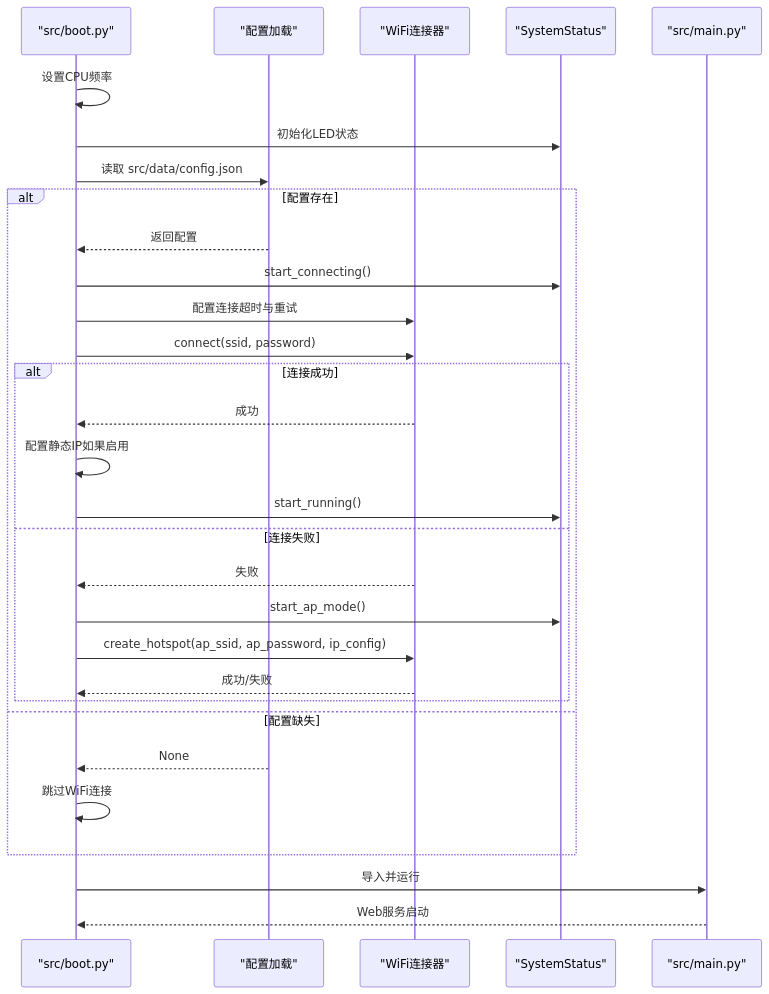
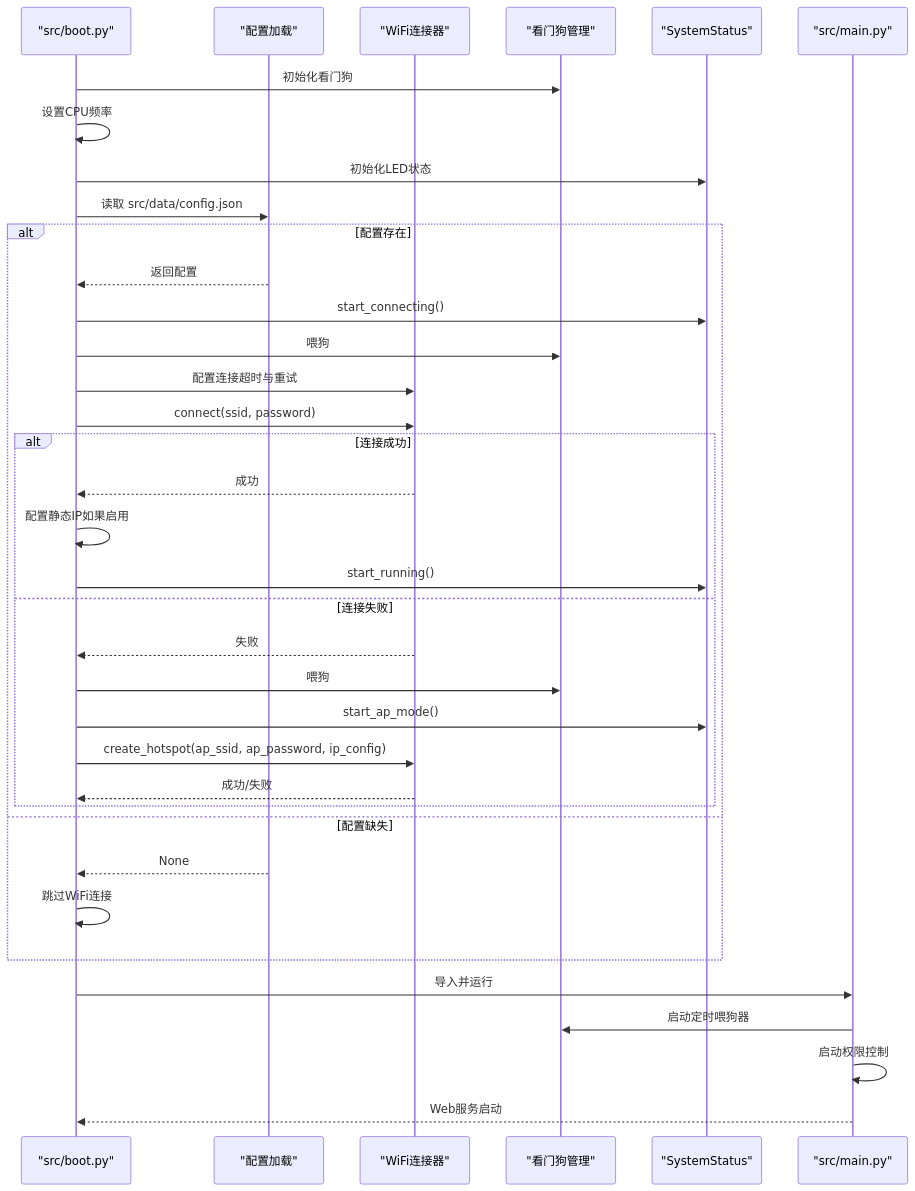
One commit to qq20739111/weilushishe-lishitai changed the second of 11 diagrams in .qoder/repowiki/zh/content/系统架构/引导系统.md. Above: the diagram before and after it, drawn with Mermaid. The commit also changed other lines of this file and 23 other files, not shown here.

````diff
--- a/.qoder/repowiki/zh/content/系统架构/引导系统.md
+++ b/.qoder/repowiki/zh/content/系统架构/引导系统.md
@@ -84,32 +96,38 @@
 ```mermaid
 sequenceDiagram
 participant Boot as "src/boot.py"
 participant Config as "配置加载"
 participant WC as "WiFi连接器"
+participant WD as "看门狗管理"
 participant LED as "SystemStatus"
 participant Main as "src/main.py"
+Boot->>WD : 初始化看门狗
 Boot->>Boot : 设置CPU频率
 Boot->>LED : 初始化LED状态
 Boot->>Config : 读取 src/data/config.json
 alt 配置存在
 Config-->>Boot : 返回配置
 Boot->>LED : start_connecting()
+Boot->>WD : 喂狗
 Boot->>WC : 配置连接超时与重试
 Boot->>WC : connect(ssid, password)
 alt 连接成功
 WC-->>Boot : 成功
 Boot->>Boot : 配置静态IP如果启用
 Boot->>LED : start_running()
 else 连接失败
 WC-->>Boot : 失败
+Boot->>WD : 喂狗
 Boot->>LED : start_ap_mode()
 Boot->>WC : create_hotspot(ap_ssid, ap_password, ip_config)
 WC-->>Boot : 成功/失败
 end
 else 配置缺失
 Config-->>Boot : None
 Boot->>Boot : 跳过WiFi连接
 end
 Boot->>Main : 导入并运行
+Main->>WD : 启动定时喂狗器
+Main->>Main : 启动权限控制
 Main-->>Boot : Web服务启动
 ```
````
